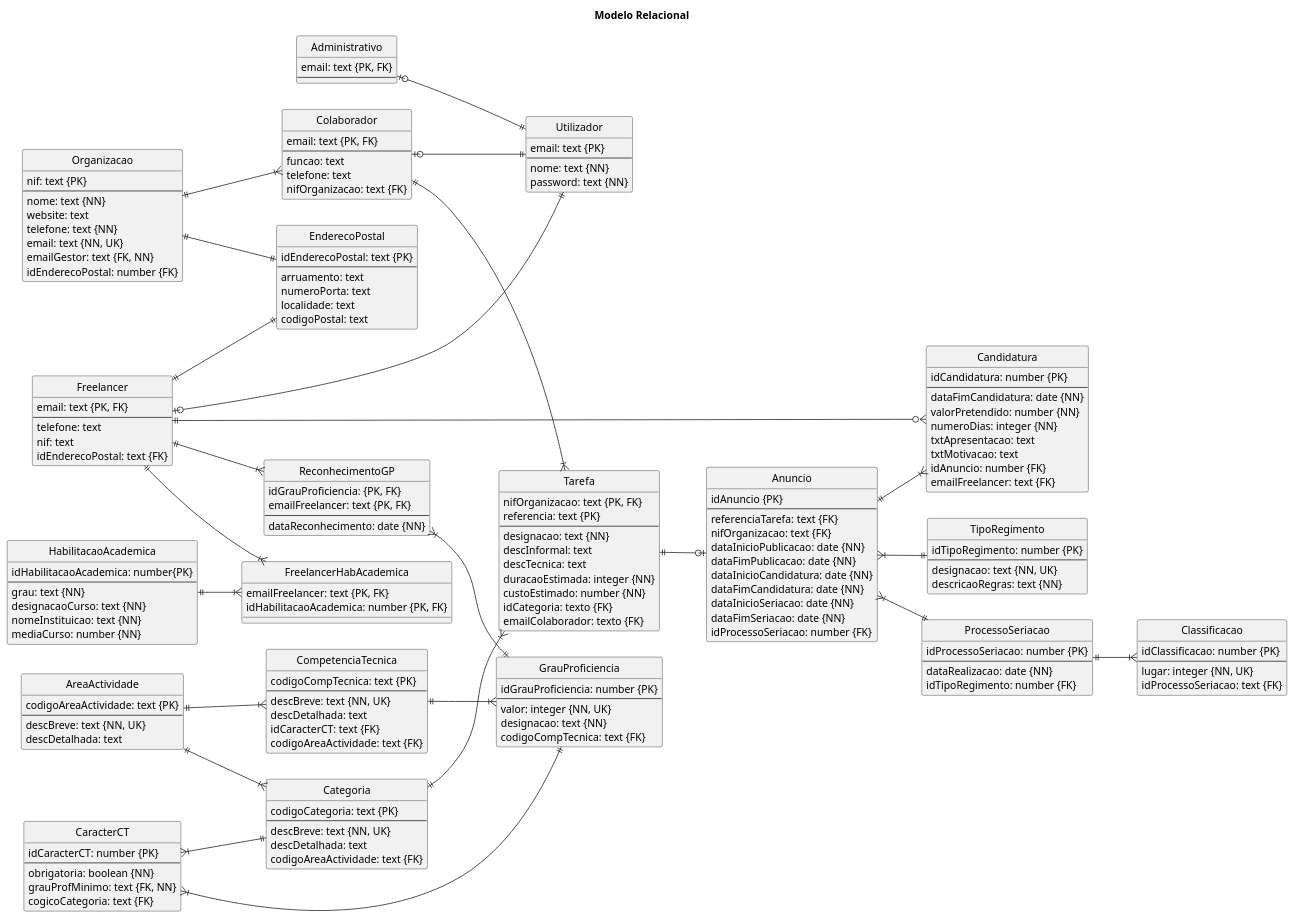
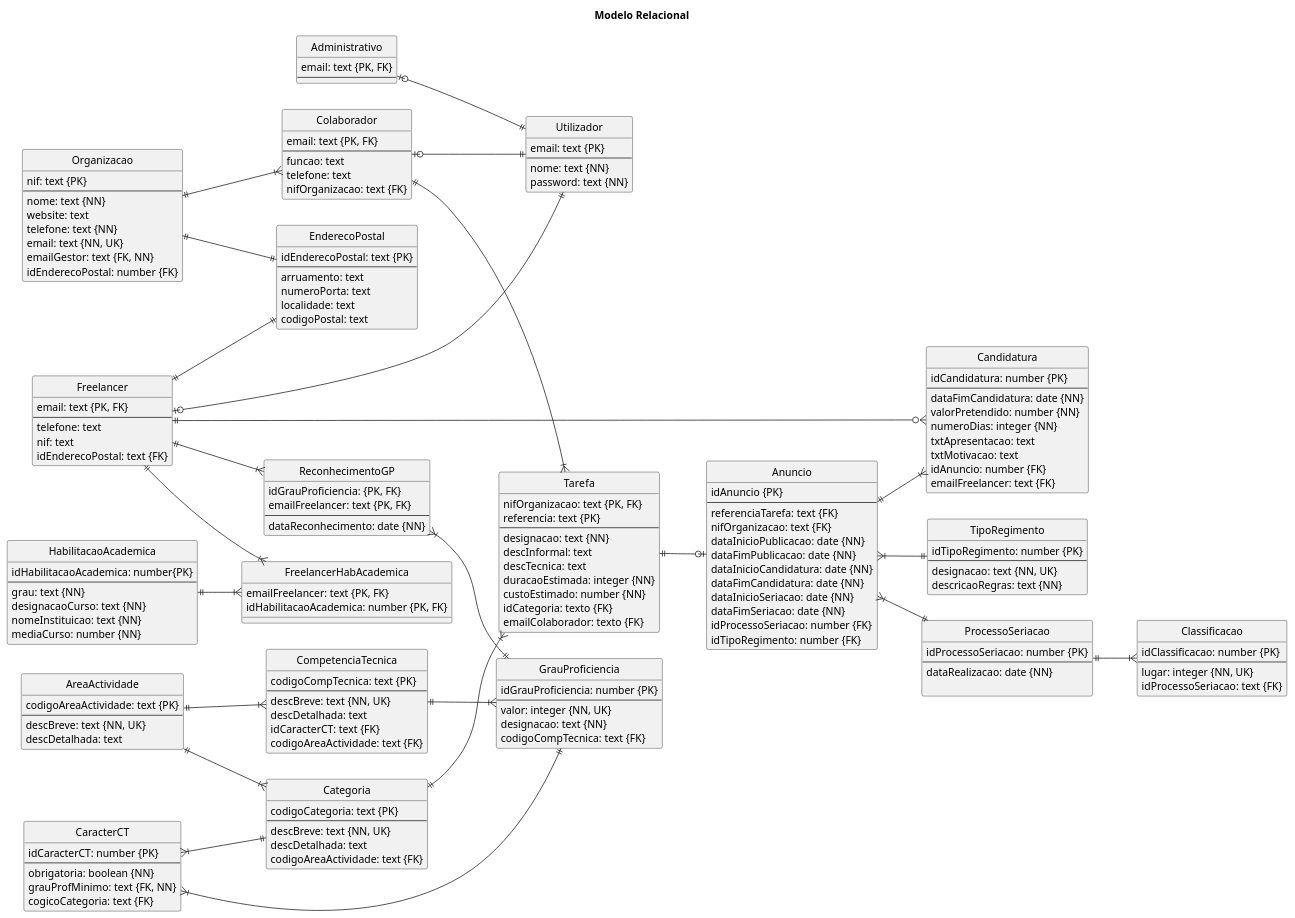
The diagram in BaseDados/Modelo_Relacional.puml (blestonbandeiraUPSKILL/upskill_java1_labprg_grupo2), drawn with PlantUML before and after one commit. The commit also changed 22 other files, not shown here.

```diff
--- a/BaseDados/Modelo_Relacional.puml
+++ b/BaseDados/Modelo_Relacional.puml
@@ -111,6 +111,7 @@
     dataInicioSeriacao: date {NN} 
     dataFimSeriacao: date {NN}
     idProcessoSeriacao: number {FK}
+    idTipoRegimento: number {FK}
 }
 
 
@@ -118,7 +119,7 @@
     idProcessoSeriacao: number {PK}
     --
     dataRealizacao: date {NN}
-    idTipoRegimento: number {FK}
+   
 }
 
 entity "TipoRegimento" {
```
